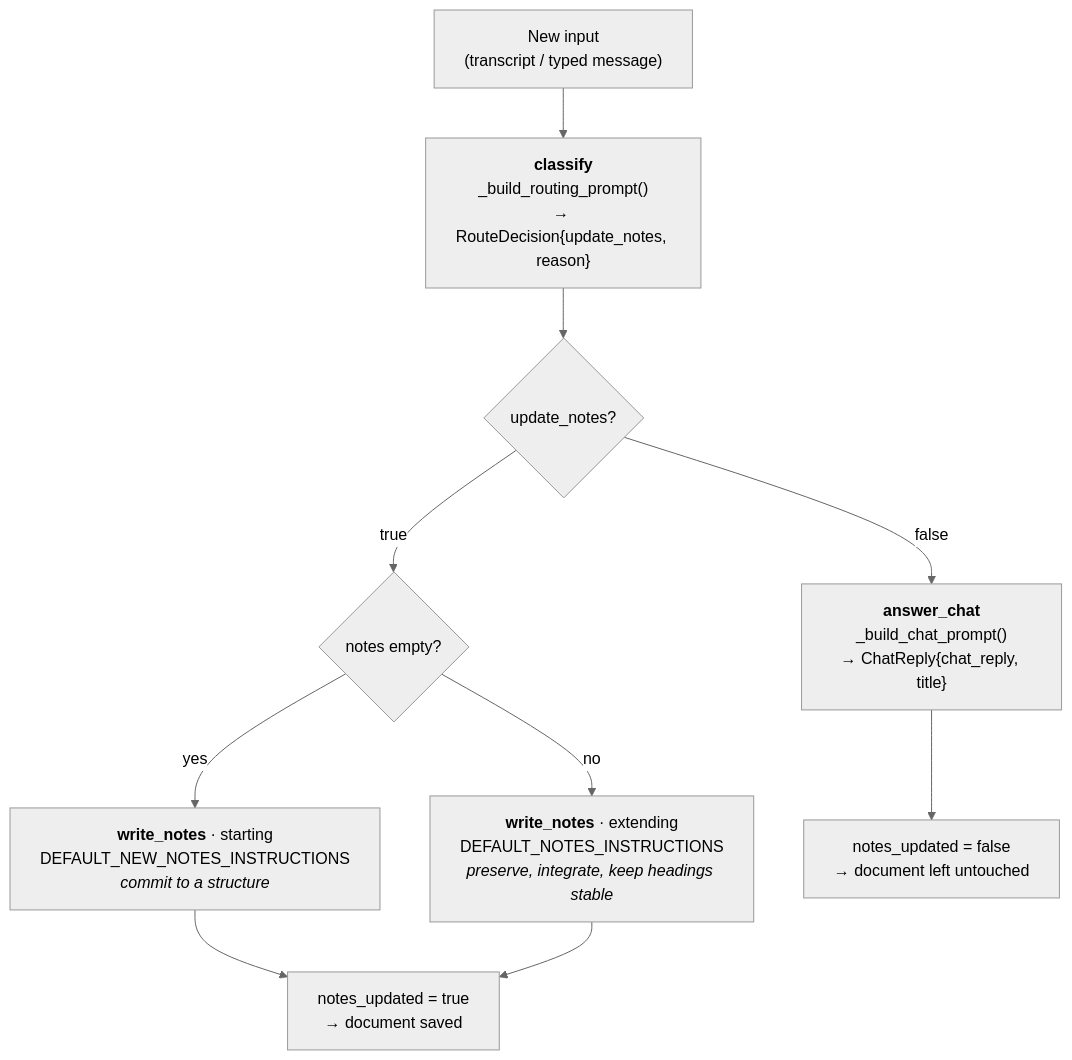
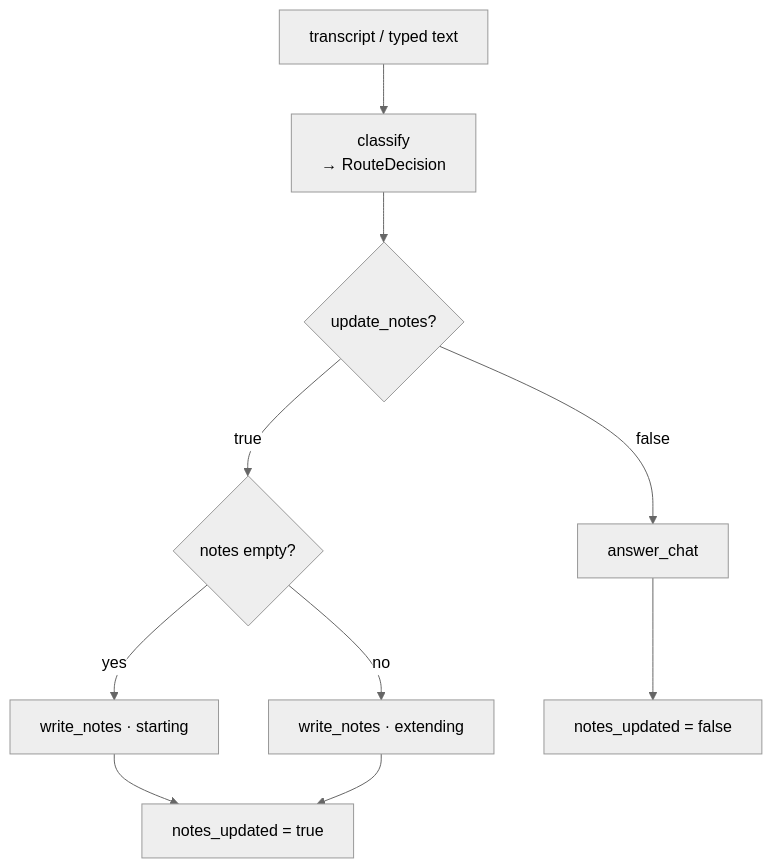
Before and after one commit to karlwehbe/AI-Note-taker: the eighth of 12 diagrams in FLOW.md, drawn with Mermaid (neutral theme). The commit also changed other lines of this file and 6 other files, not shown here.

Commit message:
Send live recordings as transcript only; keep audio blob for file uploads

````diff
--- a/FLOW.md
+++ b/FLOW.md
@@ -474,14 +248,12 @@
 ```mermaid
 flowchart TD
-  IN["New input<br/>(transcript / typed message)"] --> C["<b>classify</b><br/>_build_routing_prompt()<br/>→ RouteDecision{update_notes, reason}"]
+  IN["transcript / typed text"] --> C["classify<br/>→ RouteDecision"]
   C --> Q{"update_notes?"}
-
-  Q -->|"true"| N{"notes empty?"}
-  N -->|yes| WN["<b>write_notes</b> · starting<br/>DEFAULT_NEW_NOTES_INSTRUCTIONS<br/><i>commit to a structure</i>"]
-  N -->|no| W["<b>write_notes</b> · extending<br/>DEFAULT_NOTES_INSTRUCTIONS<br/><i>preserve, integrate, keep headings stable</i>"]
-  Q -->|"false"| A["<b>answer_chat</b><br/>_build_chat_prompt()<br/>→ ChatReply{chat_reply, title}"]
-
-  WN --> R1
-  W --> R1["notes_updated = true<br/>→ document saved"]
-  A --> R2["notes_updated = false<br/>→ document left untouched"]
+  Q -->|true| N{"notes empty?"}
+  N -->|yes| WN["write_notes · starting"]
+  N -->|no| W["write_notes · extending"]
+  Q -->|false| A["answer_chat"]
+  WN --> S["notes_updated = true"]
+  W --> S
+  A --> U["notes_updated = false"]
 ```
````
